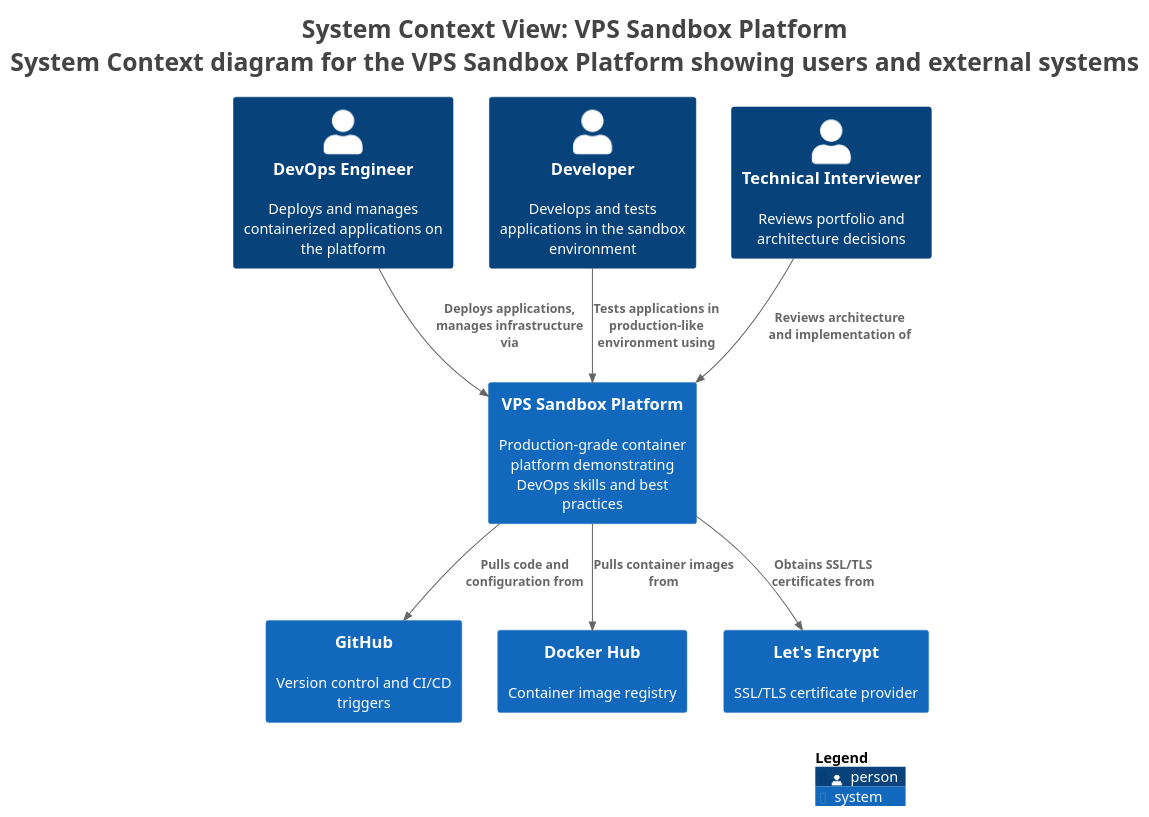
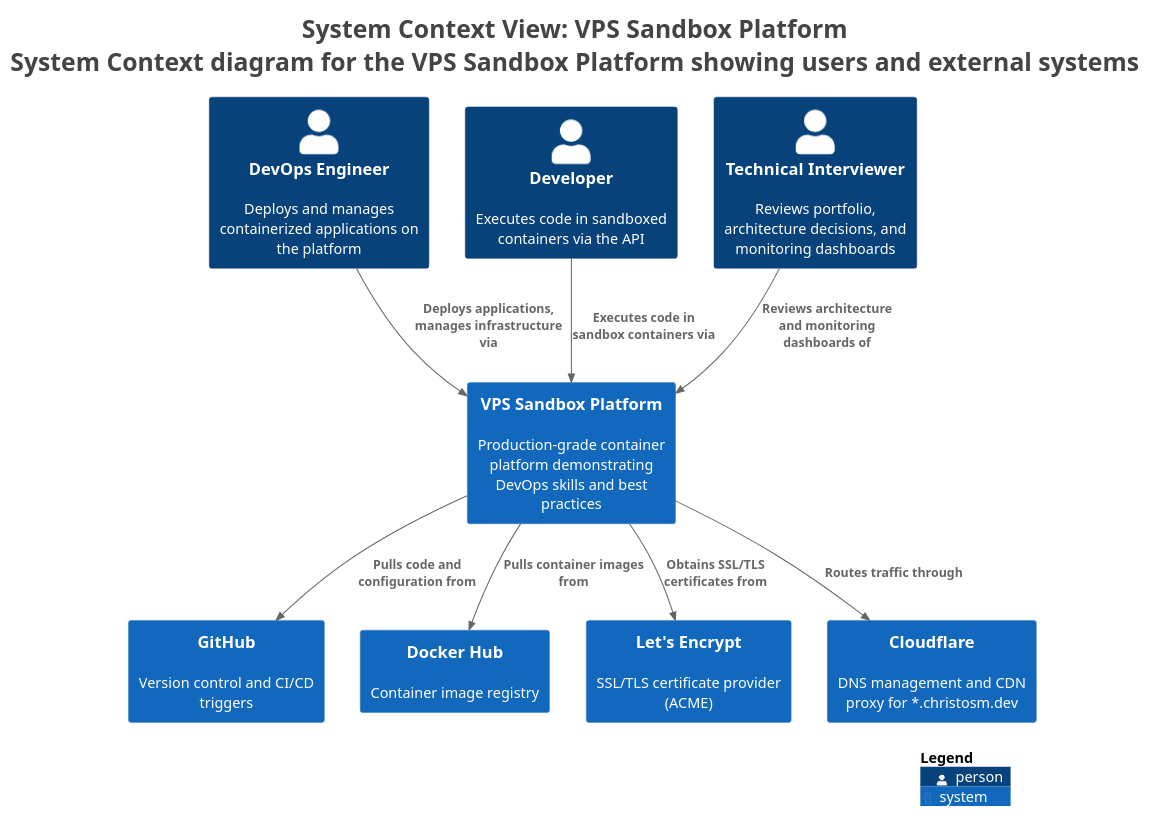
Before and after one commit to christosm-dev/portfolio: the diagram in vps-sandbox-c4-architecture/exports/puml/structurizr-SystemContext.puml, drawn with PlantUML. The commit also changed 21 other files, not shown here.

First line of the commit message:
Rework C4 architecture to match deployed VPS stack

```diff
--- a/vps-sandbox-c4-architecture/exports/puml/structurizr-SystemContext.puml
+++ b/vps-sandbox-c4-architecture/exports/puml/structurizr-SystemContext.puml
@@ -1,34 +1,36 @@
 @startuml
 title <size:24>System Context View: VPS Sandbox Platform</size>\n<size:24>System Context diagram for the VPS Sandbox Platform showing users and external systems</size>
 
 set separator none
 top to bottom direction
 
 <style>
   root {
     BackgroundColor: #ffffff
     FontColor: #444444
   }
 </style>
 
 !include <C4/C4>
 !include <C4/C4_Context>
 
 Person(DevOpsEngineer, "DevOps Engineer", $descr="Deploys and manages containerized applications on the platform", $tags="", $link="")
-Person(Developer, "Developer", $descr="Develops and tests applications in the sandbox environment", $tags="", $link="")
-Person(TechnicalInterviewer, "Technical Interviewer", $descr="Reviews portfolio and architecture decisions", $tags="", $link="")
+Person(Developer, "Developer", $descr="Executes code in sandboxed containers via the API", $tags="", $link="")
+Person(TechnicalInterviewer, "Technical Interviewer", $descr="Reviews portfolio, architecture decisions, and monitoring dashboards", $tags="", $link="")
 System(GitHub, "GitHub", $descr="Version control and CI/CD triggers", $tags="", $link="")
 System(DockerHub, "Docker Hub", $descr="Container image registry", $tags="", $link="")
-System(LetsEncrypt, "Let's Encrypt", $descr="SSL/TLS certificate provider", $tags="", $link="")
+System(LetsEncrypt, "Let's Encrypt", $descr="SSL/TLS certificate provider (ACME)", $tags="", $link="")
+System(Cloudflare, "Cloudflare", $descr="DNS management and CDN proxy for *.christosm.dev", $tags="", $link="")
 System(VPSSandboxPlatform, "VPS Sandbox Platform", $descr="Production-grade container platform demonstrating DevOps skills and best practices", $tags="", $link="")
 
 Rel(DevOpsEngineer, VPSSandboxPlatform, "Deploys applications, manages infrastructure via", $techn="", $tags="", $link="")
-Rel(Developer, VPSSandboxPlatform, "Tests applications in production-like environment using", $techn="", $tags="", $link="")
-Rel(TechnicalInterviewer, VPSSandboxPlatform, "Reviews architecture and implementation of", $techn="", $tags="", $link="")
+Rel(Developer, VPSSandboxPlatform, "Executes code in sandbox containers via", $techn="", $tags="", $link="")
+Rel(TechnicalInterviewer, VPSSandboxPlatform, "Reviews architecture and monitoring dashboards of", $techn="", $tags="", $link="")
 Rel(VPSSandboxPlatform, GitHub, "Pulls code and configuration from", $techn="", $tags="", $link="")
 Rel(VPSSandboxPlatform, DockerHub, "Pulls container images from", $techn="", $tags="", $link="")
 Rel(VPSSandboxPlatform, LetsEncrypt, "Obtains SSL/TLS certificates from", $techn="", $tags="", $link="")
+Rel(VPSSandboxPlatform, Cloudflare, "Routes traffic through", $techn="", $tags="", $link="")
 
 SHOW_LEGEND(true)
 hide stereotypes
 @enduml
```
